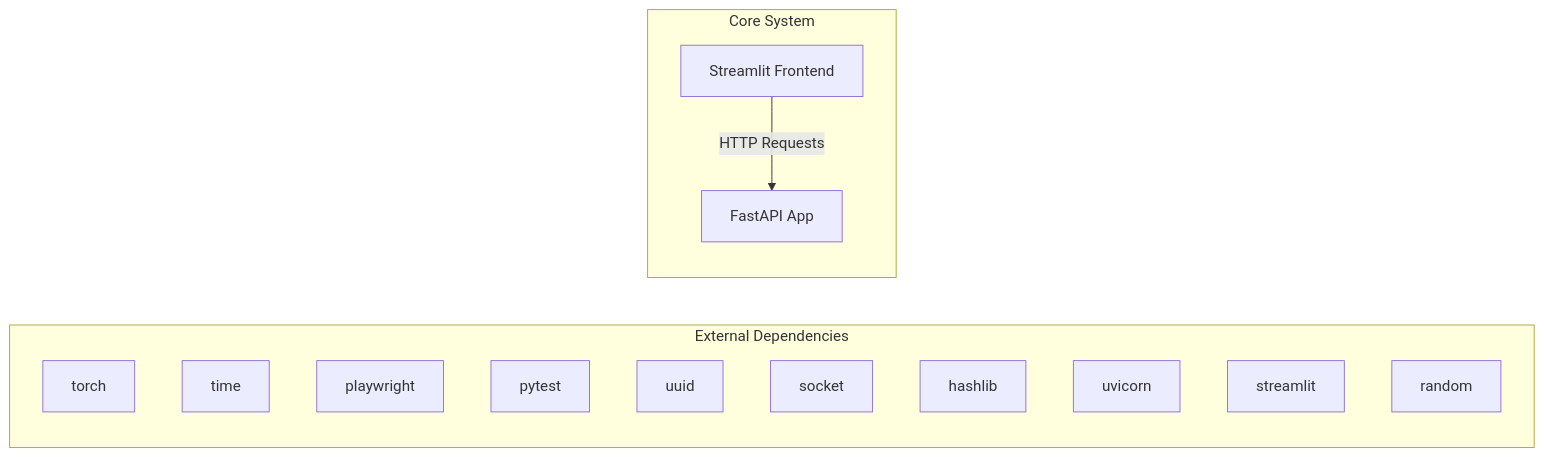
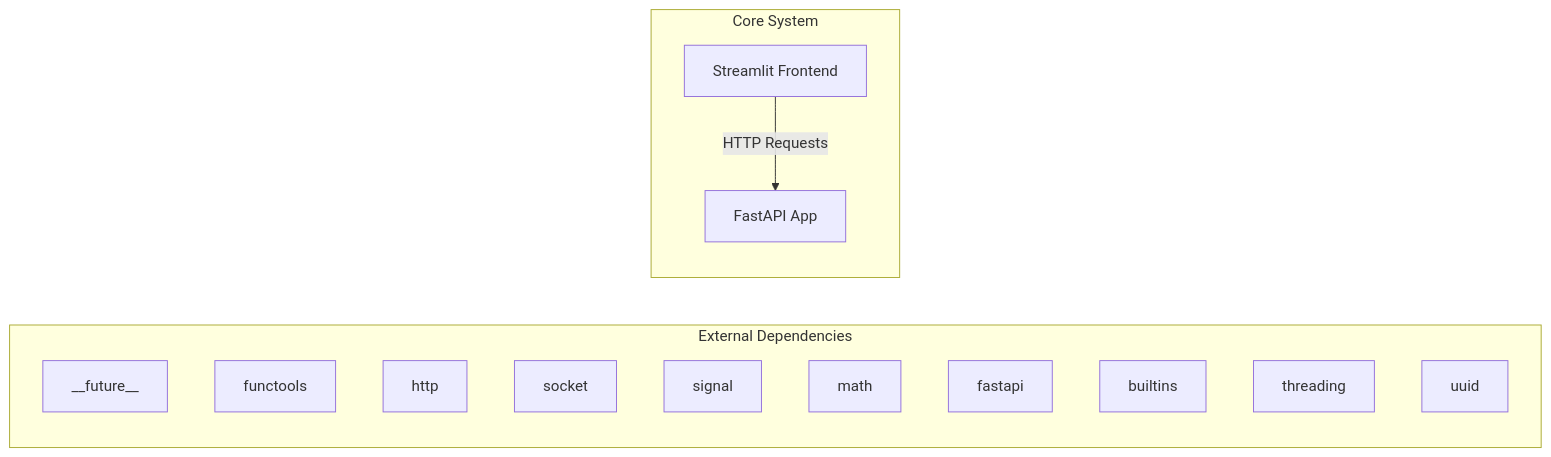
Before and after one commit to NITISH-R-G/rag-context-optimizer: the first of 2 diagrams in docs/architecture.md, drawn with Mermaid. The commit also changed 1 other file, not shown here.

Commit message:
docs: auto-update repository knowledge, architecture diagrams, and documentation

````diff
--- a/docs/architecture.md
+++ b/docs/architecture.md
@@ -7,20 +7,20 @@
 ```mermaid
 graph LR
     subgraph External Dependencies
-        E0["torch"]
-        E1["time"]
-        E2["playwright"]
-        E3["pytest"]
-        E4["uuid"]
-        E5["socket"]
-        E6["hashlib"]
-        E7["uvicorn"]
-        E8["streamlit"]
-        E9["random"]
+        E0["__future__"]
+        E1["functools"]
+        E2["http"]
+        E3["socket"]
+        E4["signal"]
+        E5["math"]
+        E6["fastapi"]
+        E7["builtins"]
+        E8["threading"]
+        E9["uuid"]
     end
     subgraph Core System
         API["FastAPI App"]
         UI["Streamlit Frontend"]
     end
     UI -->|HTTP Requests| API
 ```
````
